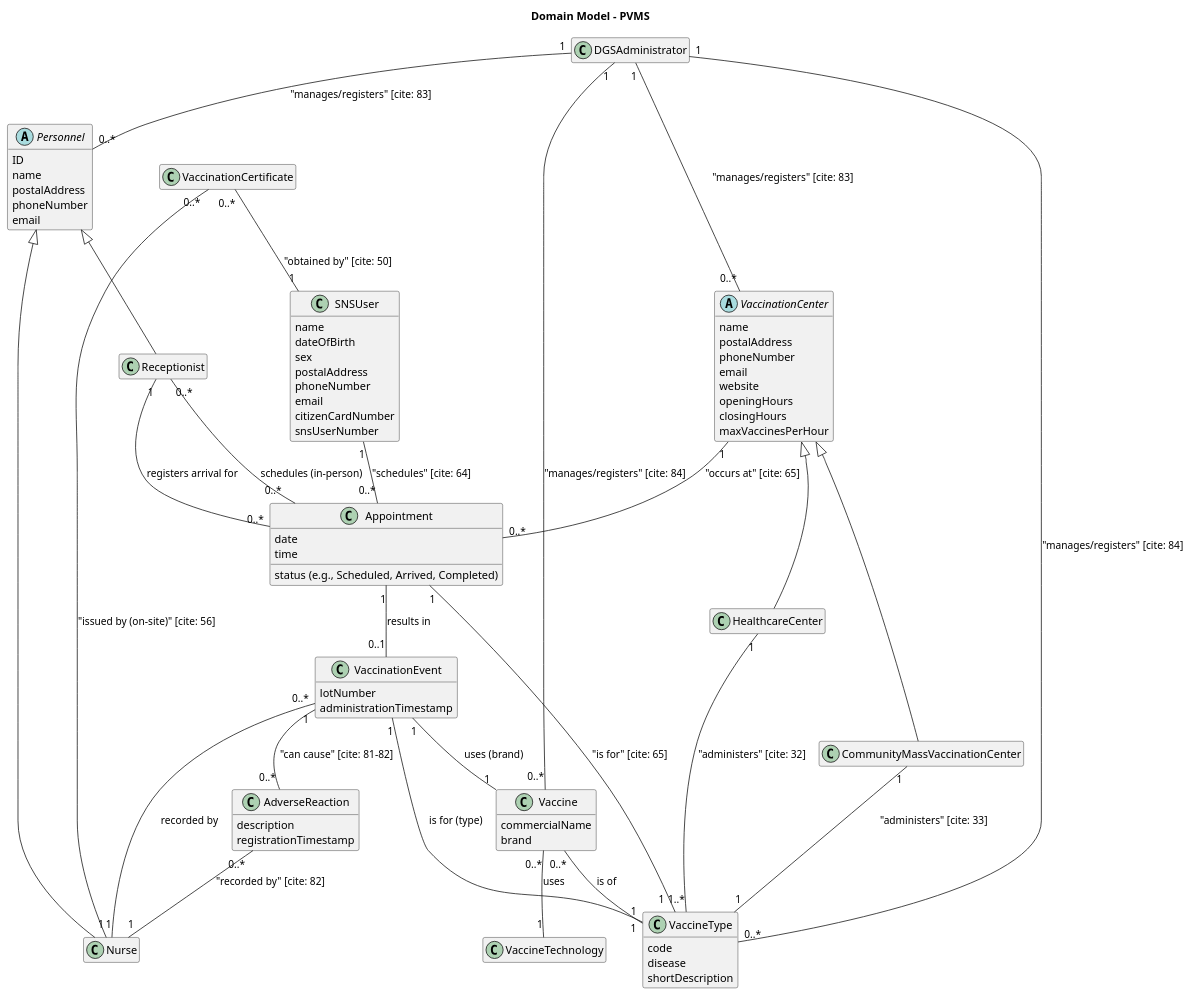
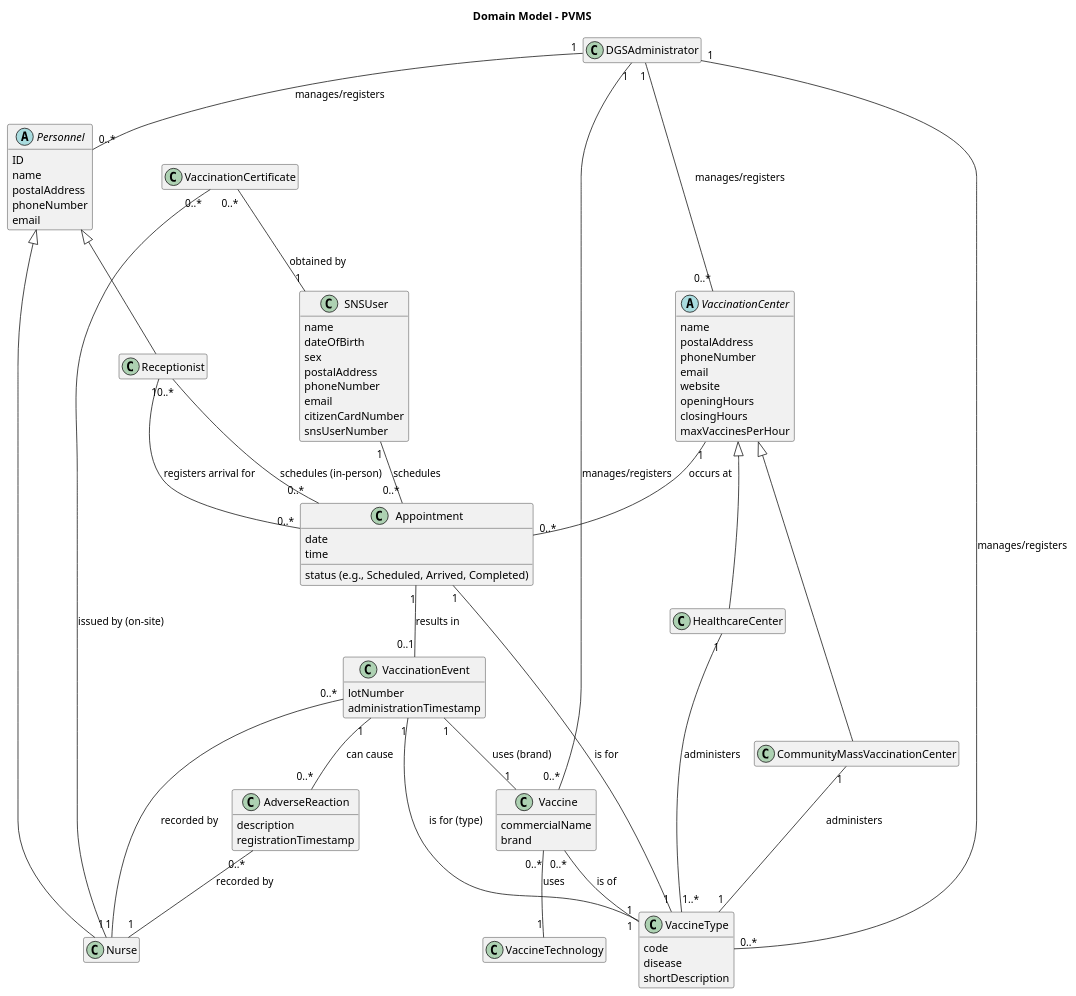
Before and after one commit to afonso51111/leti-esoft-25-26-A3: the diagram in project-template/docs/(template-files)/global-artifacts/puml/UCD.puml, drawn with PlantUML. The commit also changed 2 other files, not shown here.

```diff
--- a/project-template/docs/(template-files)/global-artifacts/puml/UCD.puml
+++ b/project-template/docs/(template-files)/global-artifacts/puml/UCD.puml
@@ -1,124 +1,124 @@
 @startuml
 ' Modelo de Domínio Corrigido (US06)
 ' Baseado em LETI-ESOFT25-26-ProjectAssignment.pdf e Glossário.
 ' Todos os artefactos devem estar em Inglês
 
 skinparam classAttributeIconSize 0
 hide empty members
 title Domain Model - PVMS
 
 ' --- Classes de Papéis (Roles) ---
 abstract class "Personnel" {
     ID
     name
     postalAddress
     phoneNumber
     email
 }
 
 class "Receptionist" extends "Personnel" {}
 
 class "Nurse" extends "Personnel" {}
 
 class "SNSUser" {
     name
     dateOfBirth
     sex
     postalAddress
     phoneNumber
     email
     citizenCardNumber
     snsUserNumber
 }
 
 class "DGSAdministrator" {}
 
 ' --- Classes de Locais (Places) ---
 abstract class "VaccinationCenter" {
     name
     postalAddress
     phoneNumber
     email
     website
     openingHours
     closingHours
     maxVaccinesPerHour
 }
 
 class "HealthcareCenter" extends "VaccinationCenter" {
-    ' Can administer various vaccine types [cite: 32]
+    ' Can administer various vaccine types
 }
 
 class "CommunityMassVaccinationCenter" extends "VaccinationCenter" {
-    ' Administers a single vaccine type [cite: 33]
+    ' Administers a single vaccine type
 }
 
 ' --- Classes de Transações e Eventos ---
 class "Appointment" {
     date
     time
     status (e.g., Scheduled, Arrived, Completed)
 }
 
 class "VaccinationEvent" {
     lotNumber
     administrationTimestamp
 }
 
 class "AdverseReaction" {
     description
     registrationTimestamp
 }
 
 ' --- Classes de Documentos e Descrições ---
 class "VaccinationCertificate" {}
 
 class "VaccineType" {
     code
     disease
     shortDescription
 }
 
 class "Vaccine" {
     commercialName
     brand
 }
 
 class "VaccineTechnology" {
-    ' e.g., Messenger RNA, Viral Vector [cite: 87]
+    ' e.g., Messenger RNA, Viral Vector
 }
 
 ' ---------- Relações (Associations) ----------
 
 ' Relações de Agendamento (Appointment)
-SNSUser "1" -- "0..*" Appointment : "schedules" [cite: 64]
+SNSUser "1" -- "0..*" Appointment : "schedules"
 Receptionist "0..*" -- "0..*" Appointment : "schedules (in-person)"
 Receptionist "1" -- "0..*" Appointment : "registers arrival for"
-VaccinationCenter "1" -- "0..*" Appointment : "occurs at" [cite: 65]
-Appointment "1" -- "1" VaccineType : "is for" [cite: 65]
+VaccinationCenter "1" -- "0..*" Appointment : "occurs at"
+Appointment "1" -- "1" VaccineType : "is for"
 
 ' Relações de Eventos (Event)
 Appointment "1" -- "0..1" VaccinationEvent : "results in"
 VaccinationEvent "0..*" -- "1" Nurse : "recorded by"
 VaccinationEvent "1" -- "1" Vaccine : "uses (brand)"
 VaccinationEvent "1" -- "1" VaccineType : "is for (type)"
-VaccinationEvent "1" -- "0..*" AdverseReaction : "can cause" [cite: 81-82]
-AdverseReaction "0..*" -- "1" Nurse : "recorded by" [cite: 82]
+VaccinationEvent "1" -- "0..*" AdverseReaction : "can cause"
+AdverseReaction "0..*" -- "1" Nurse : "recorded by"
 
 ' Relações de Vacinas (Vaccine)
 Vaccine "0..*" -- "1" VaccineType : "is of"
 Vaccine "0..*" -- "1" VaccineTechnology : "uses"
-HealthcareCenter "1" -- "1..*" VaccineType : "administers" [cite: 32]
-CommunityMassVaccinationCenter "1" -- "1" VaccineType : "administers" [cite: 33]
+HealthcareCenter "1" -- "1..*" VaccineType : "administers"
+CommunityMassVaccinationCenter "1" -- "1" VaccineType : "administers"
 
 ' Relações de Certificados (Certificate)
-VaccinationCertificate "0..*" -- "1" SNSUser : "obtained by" [cite: 50]
-VaccinationCertificate "0..*" -- "1" Nurse : "issued by (on-site)" [cite: 56]
+VaccinationCertificate "0..*" -- "1" SNSUser : "obtained by"
+VaccinationCertificate "0..*" -- "1" Nurse : "issued by (on-site)"
 
 ' Relações de Gestão (Admin)
-DGSAdministrator "1" -- "0..*" VaccinationCenter : "manages/registers" [cite: 83]
-DGSAdministrator "1" -- "0..*" Personnel : "manages/registers" [cite: 83]
-DGSAdministrator "1" -- "0..*" Vaccine : "manages/registers" [cite: 84]
-DGSAdministrator "1" -- "0..*" VaccineType : "manages/registers" [cite: 84]
+DGSAdministrator "1" -- "0..*" VaccinationCenter : "manages/registers"
+DGSAdministrator "1" -- "0..*" Personnel : "manages/registers"
+DGSAdministrator "1" -- "0..*" Vaccine : "manages/registers"
+DGSAdministrator "1" -- "0..*" VaccineType : "manages/registers"
 
 @enduml
```
